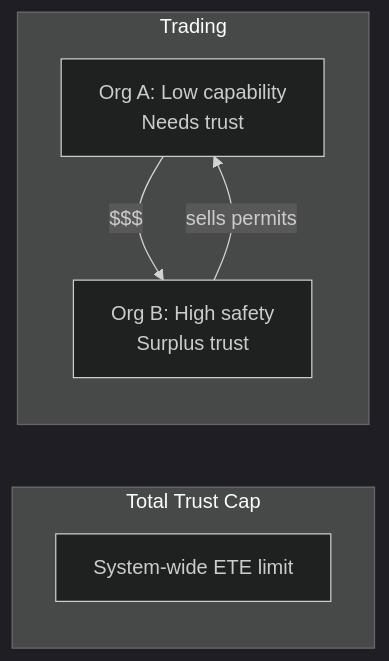
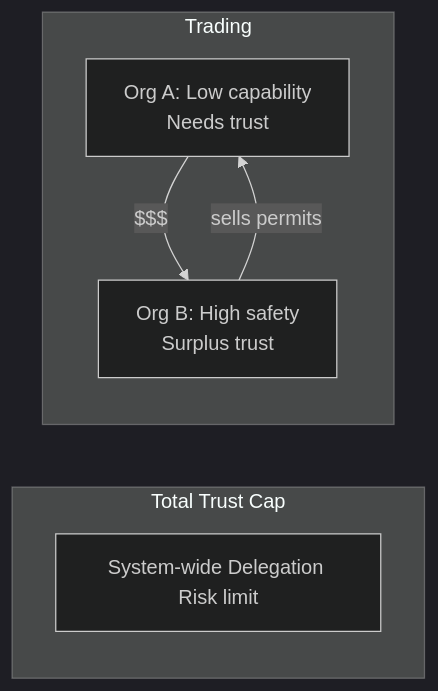
One commit to quantified-uncertainty/delegation-risk-framework changed the second of 3 diagrams in src/content/docs/risk-budgeting/carbon-budgets.md. Above: the diagram before and after it, drawn with Mermaid (dark theme). The commit also changed other lines of this file and 58 other files, not shown here.

````diff
--- a/src/content/docs/risk-budgeting/carbon-budgets.md
+++ b/src/content/docs/risk-budgeting/carbon-budgets.md
@@ -105,12 +105,12 @@
 ```mermaid
 flowchart LR
     subgraph Cap["Total Trust Cap"]
-        Cap1[System-wide ETE limit]
+        Cap1[System-wide Delegation Risk limit]
     end
     subgraph Trade["Trading"]
         Org1[Org A: Low capability<br/>Needs trust]
         Org2[Org B: High safety<br/>Surplus trust]
     end
     Org2 -->|"sells permits"| Org1
     Org1 -->|"$$$"| Org2
 ```
````
